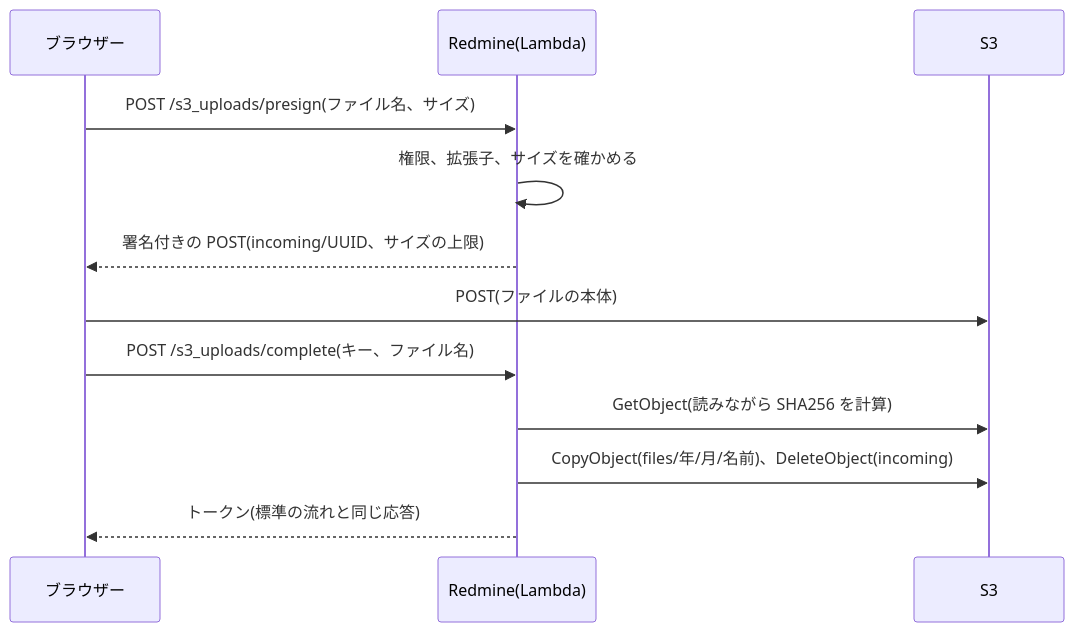
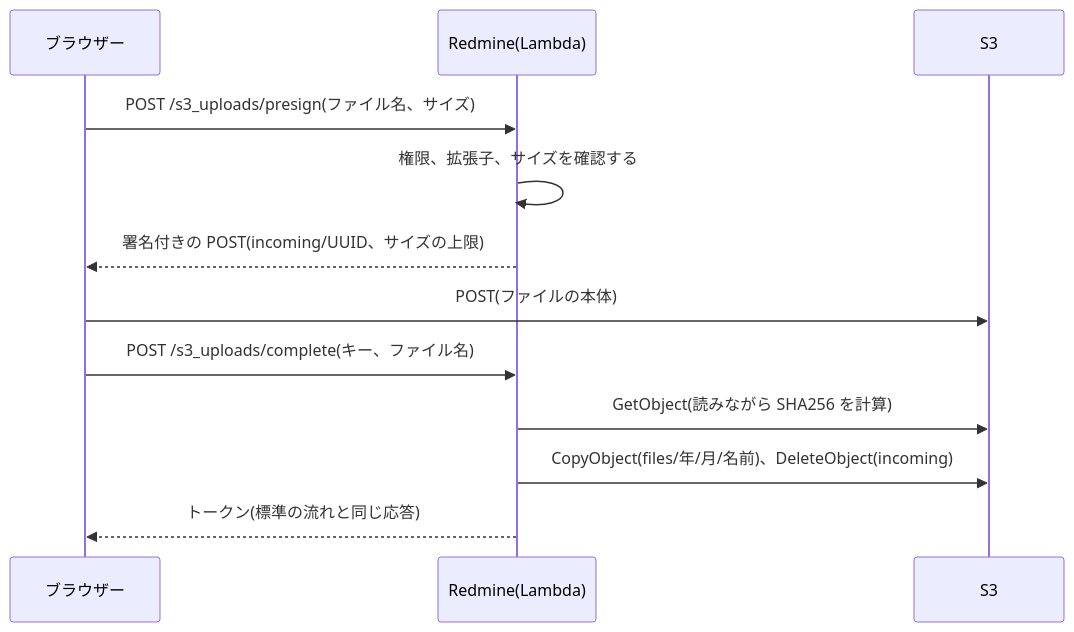
One commit to redmine-kit/redmine_serverless changed the first of 2 diagrams in docs/ja/attachments.md. Above: the diagram before and after it, drawn with Mermaid. The commit also changed other lines of this file and 1 other file, not shown here.

````diff
--- a/docs/ja/attachments.md
+++ b/docs/ja/attachments.md
@@ -83,14 +83,14 @@
 ```mermaid
 sequenceDiagram
   participant B as ブラウザー
   participant R as Redmine(Lambda)
   participant S as S3
   B->>R: POST /s3_uploads/presign(ファイル名、サイズ)
-  R->>R: 権限、拡張子、サイズを確かめる
+  R->>R: 権限、拡張子、サイズを確認する
   R-->>B: 署名付きの POST(incoming/UUID、サイズの上限)
   B->>S: POST(ファイルの本体)
   B->>R: POST /s3_uploads/complete(キー、ファイル名)
   R->>S: GetObject(読みながら SHA256 を計算)
   R->>S: CopyObject(files/年/月/名前)、DeleteObject(incoming)
   R-->>B: トークン(標準の流れと同じ応答)
 ```
````
